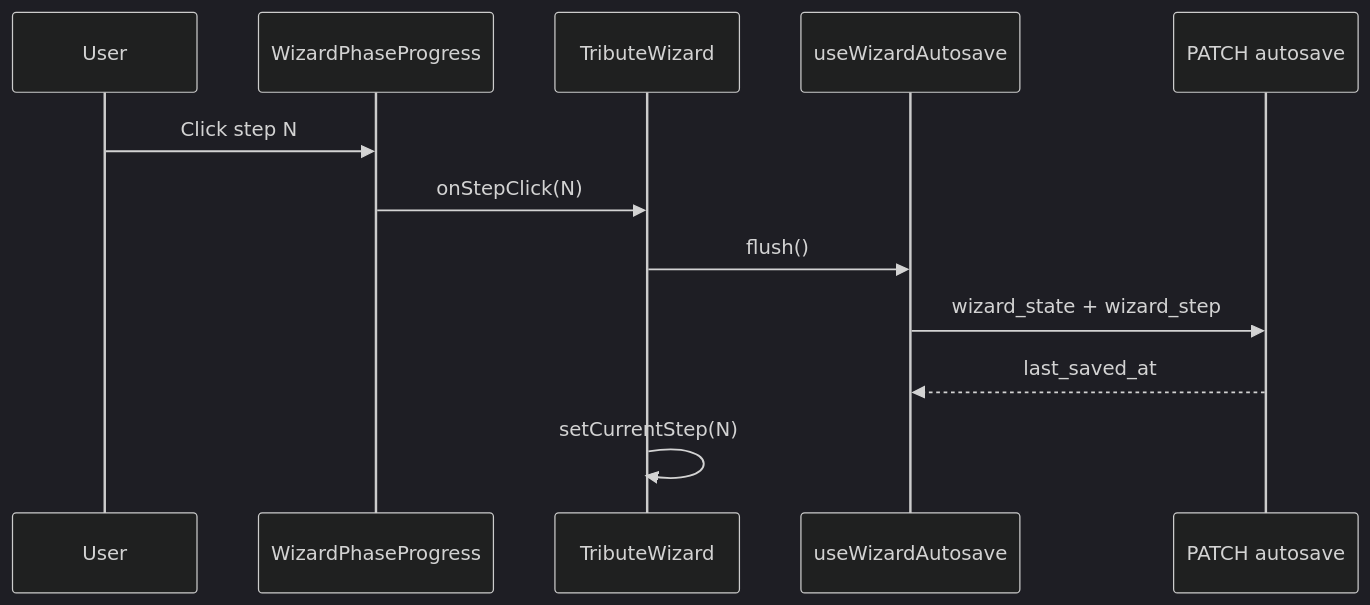
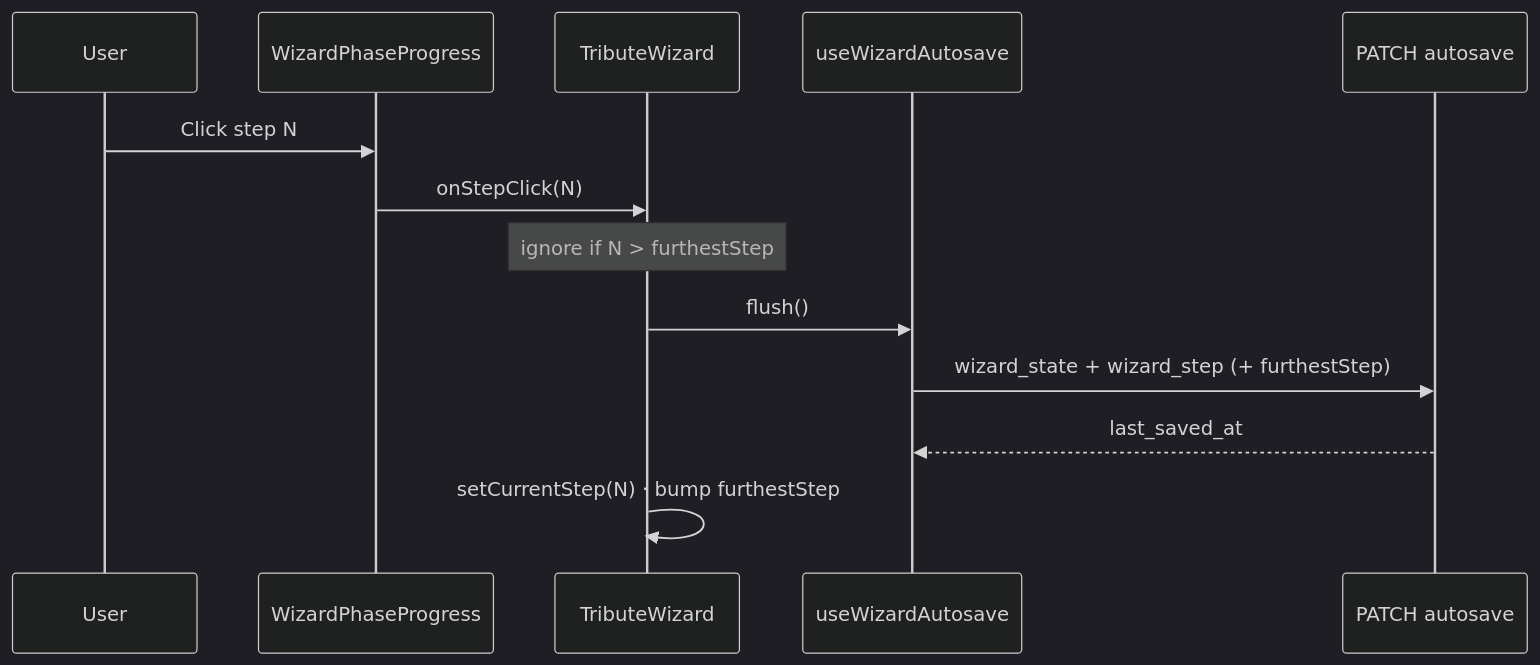
The first of 2 diagrams in docs/WIZARD_ARCHITECTURE.md (Lyra-OD/odyssey-web), drawn with Mermaid (dark theme) before and after one commit. The commit also changed other lines of this file and 2 other files, not shown here.

Commit message:
feat(wizard): mémoriser le plus loin atteint du parcours
Sans ça, le futur fil constellation ne saurait pas quelles étoiles allumer au reload.

````diff
--- a/docs/WIZARD_ARCHITECTURE.md
+++ b/docs/WIZARD_ARCHITECTURE.md
@@ -201,15 +201,16 @@
 ```mermaid
 sequenceDiagram
   participant User
   participant Stepper as WizardPhaseProgress
   participant TW as TributeWizard
   participant AS as useWizardAutosave
   participant API as PATCH autosave
 
   User->>Stepper: Click step N
   Stepper->>TW: onStepClick(N)
+  Note over TW: ignore if N > furthestStep
   TW->>AS: flush()
-  AS->>API: wizard_state + wizard_step
+  AS->>API: wizard_state + wizard_step (+ furthestStep)
   API-->>AS: last_saved_at
-  TW->>TW: setCurrentStep(N)
+  TW->>TW: setCurrentStep(N) · bump furthestStep
 ```
````
